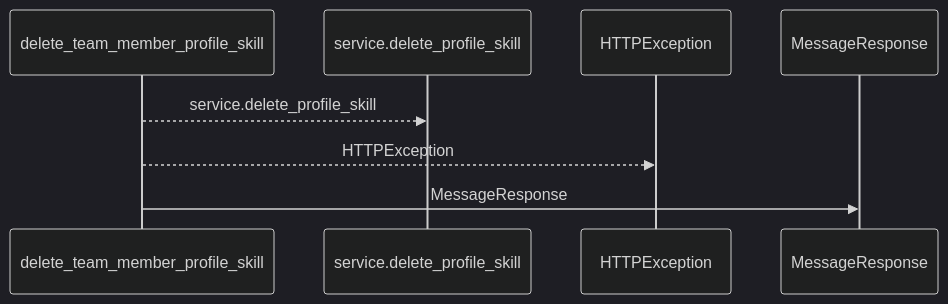
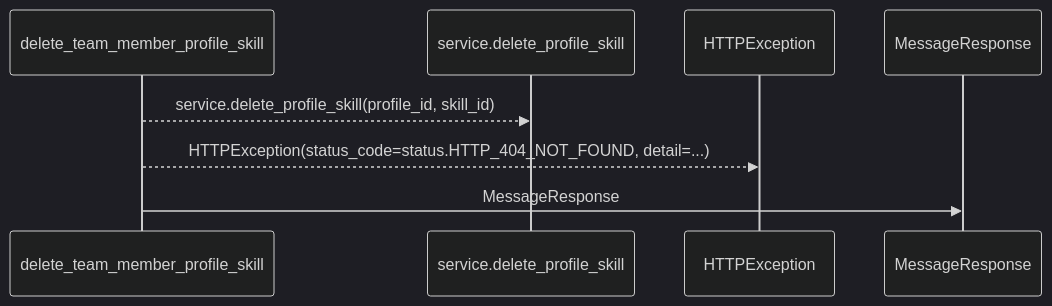
Before and after one commit to Denissvgn/WorkChord: the first of 2 diagrams in docs/llm_wiki/flows/http-delete_team_member_profile_skill.md, drawn with Mermaid (dark theme). The commit also changed other lines of this file and 25171 other files, not shown here.

````diff
--- a/docs/llm_wiki/flows/http-delete_team_member_profile_skill.md
+++ b/docs/llm_wiki/flows/http-delete_team_member_profile_skill.md
@@ -10,10 +12,10 @@
 ```mermaid
 sequenceDiagram
     participant p0 as delete_team_member_profile_skill
     participant p1 as service.delete_profile_skill
     participant p2 as HTTPException
     participant p3 as MessageResponse
-    p0-->>p1: service.delete_profile_skill
-    p0-->>p2: HTTPException
+    p0-->>p1: service.delete_profile_skill(profile_id, skill_id)
+    p0-->>p2: HTTPException(status_code=status.HTTP_404_NOT_FOUND, detail=...)
     p0->>p3: MessageResponse
 ```
````
